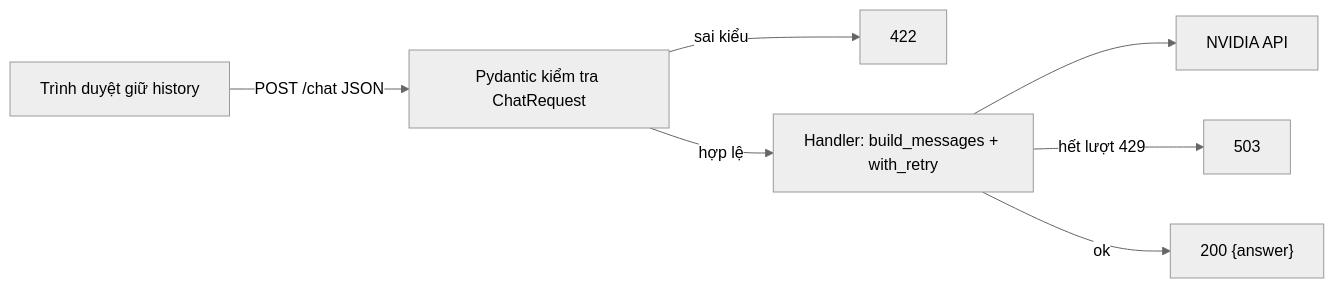
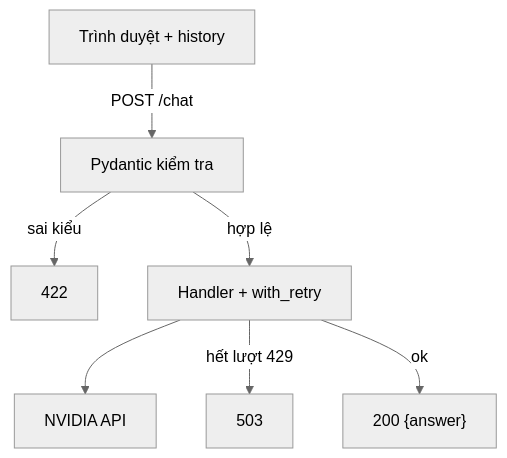
Before and after one commit to ht-nah98/ai-academy: the third of 3 diagrams in academy/curriculum/L06-web-chat-streaming-rate-limit/lesson.md, drawn with Mermaid (neutral theme). The commit also changed other lines of this file and 54 other files, not shown here.

````diff
--- a/academy/curriculum/L06-web-chat-streaming-rate-limit/lesson.md
+++ b/academy/curriculum/L06-web-chat-streaming-rate-limit/lesson.md
@@ -119,9 +121,9 @@
 ```mermaid
-flowchart LR
-    B["Trình duyệt giữ history"] -- "POST /chat JSON" --> V["Pydantic kiểm tra ChatRequest"]
+flowchart TD
+    B["Trình duyệt + history"] -- "POST /chat" --> V["Pydantic kiểm tra"]
     V -- "sai kiểu" --> E["422"]
-    V -- "hợp lệ" --> H["Handler: build_messages + with_retry"]
+    V -- "hợp lệ" --> H["Handler + with_retry"]
     H --> L["NVIDIA API"]
     H -- "hết lượt 429" --> X["503"]
     H -- "ok" --> J["200 {answer}"]
 ```
````
